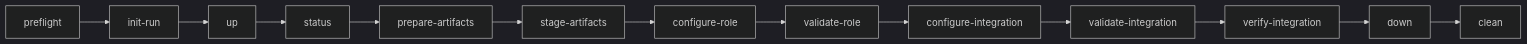
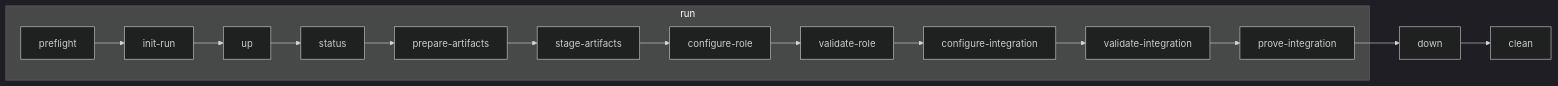
One commit to NoNine/loopforge changed the diagram in README.md. Above: the diagram before and after it, drawn with Mermaid (dark theme). The commit also changed other lines of this file and 14 other files, not shown here.

````diff
--- a/README.md
+++ b/README.md
@@ -56,18 +56,20 @@
 ```mermaid
 flowchart LR
-  preflight[preflight]
-  initRun[init-run]
-  up[up]
-  status[status]
-  prepare[prepare-artifacts]
-  stage[stage-artifacts]
-  configureRole[configure-role]
-  validateRole[validate-role]
-  configureIntegration[configure-integration]
-  validateIntegration[validate-integration]
-  verifyIntegration[verify-integration]
+  subgraph run[run]
+    preflight[preflight]
+    initRun[init-run]
+    up[up]
+    status[status]
+    prepare[prepare-artifacts]
+    stage[stage-artifacts]
+    configureRole[configure-role]
+    validateRole[validate-role]
+    configureIntegration[configure-integration]
+    validateIntegration[validate-integration]
+    proveIntegration[prove-integration]
+  end
   down[down]
   clean[clean]
 
-  preflight --> initRun --> up --> status --> prepare --> stage --> configureRole --> validateRole --> configureIntegration --> validateIntegration --> verifyIntegration --> down --> clean
+  preflight --> initRun --> up --> status --> prepare --> stage --> configureRole --> validateRole --> configureIntegration --> validateIntegration --> proveIntegration --> down --> clean
 ```
````
